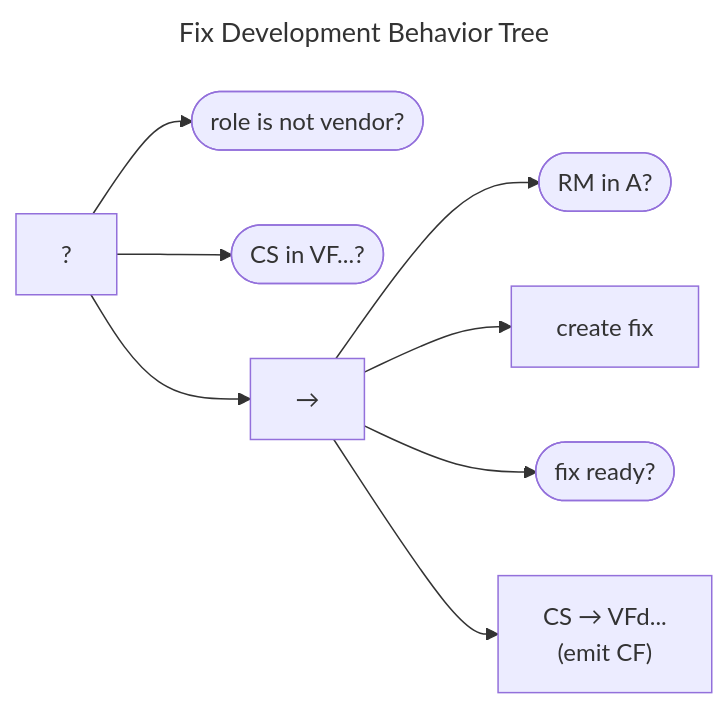
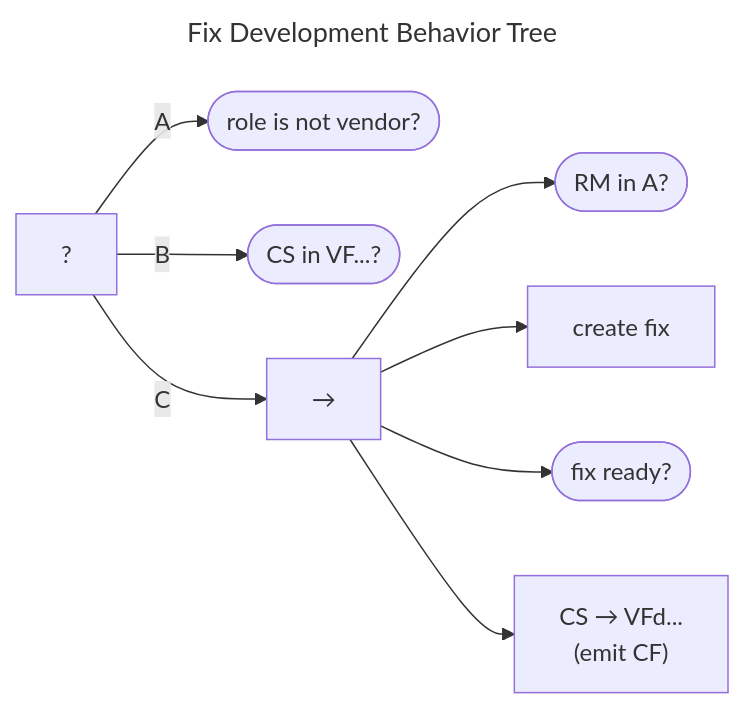
The diagram in docs/topics/behavior_logic/fix_dev_bt.md (CERTCC/Vultron), drawn with Mermaid before and after one commit. The commit also changed other lines of this file and 21 other files, not shown here.

````diff
--- a/docs/topics/behavior_logic/fix_dev_bt.md
+++ b/docs/topics/behavior_logic/fix_dev_bt.md
@@ -5,21 +5,21 @@
 ```mermaid
 ---
 title: Fix Development Behavior Tree
 ---
 flowchart LR
     fb["?"]
     role_not_vendor(["role is not vendor?"])
-    fb --> role_not_vendor
+    fb -->|A| role_not_vendor
     cs_in_VF(["CS in VF...?"])
-    fb --> cs_in_VF
+    fb -->|B| cs_in_VF
     seq["&rarr;"]
-    fb --> seq
+    fb -->|C| seq
     rm_in_a(["RM in A?"])
     seq --> rm_in_a
     create_fix["create fix"]
     seq --> create_fix
     fix_ready(["fix ready?"])
     seq --> fix_ready
     cs_to_VF["CS &rarr; VFd...<br/>(emit CF)"]
     seq --> cs_to_VF
 ```
````
